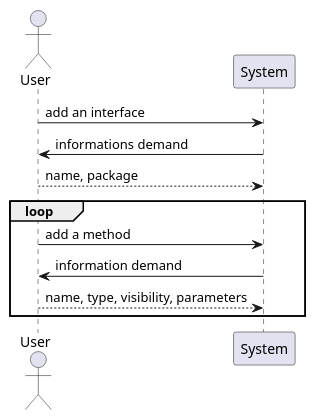
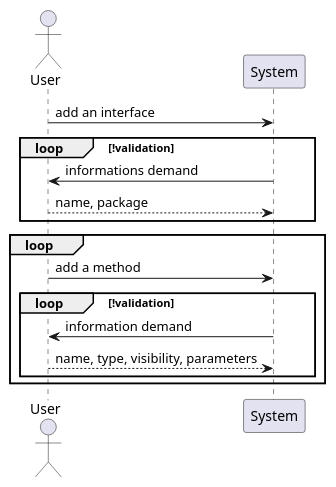
Before and after one commit to Phalexei/Modeleur: the diagram in src/com/github/tomap/uml/system/sequence/manageInterfaces.puml, drawn with PlantUML. The commit also changed 8 other files, not shown here.

Commit message:
Améliorations sur les diagrammes de séquence Ajout des diagrammes de séquences pour le digramme d'objet

```diff
--- a/src/com/github/tomap/uml/system/sequence/manageInterfaces.puml
+++ b/src/com/github/tomap/uml/system/sequence/manageInterfaces.puml
@@ -1,15 +1,19 @@
 @startuml
     actor User as U
     participant System as S
 
     U -> S: add an interface
-    S -> U: informations demand
-    U --> S: name, package
+    loop !validation
+        S -> U: informations demand
+        U --> S: name, package
+    end
 
     loop
         U -> S: add a method
-        S -> U: information demand
-        U --> S: name, type, visibility, parameters
+        loop !validation
+            S -> U: information demand
+            U --> S: name, type, visibility, parameters
+        end
     end
     
 @enduml
```
